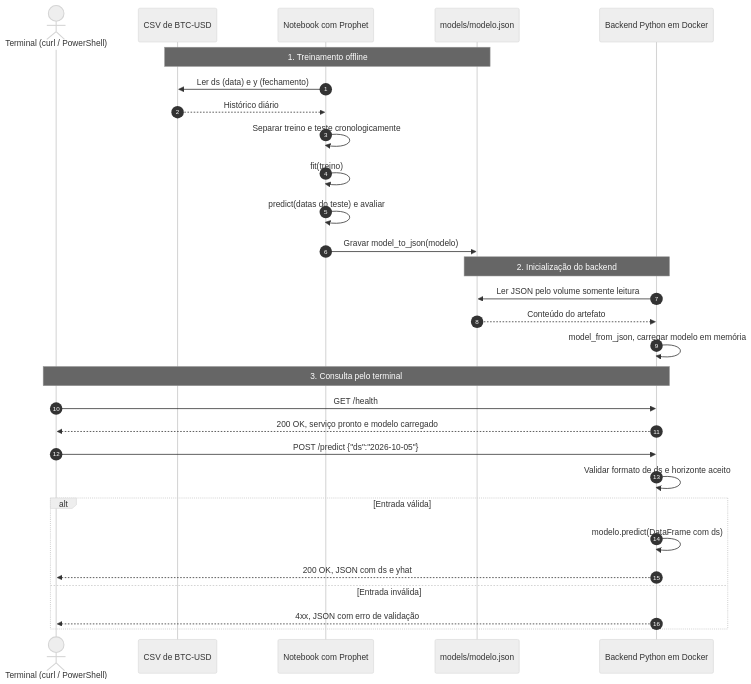
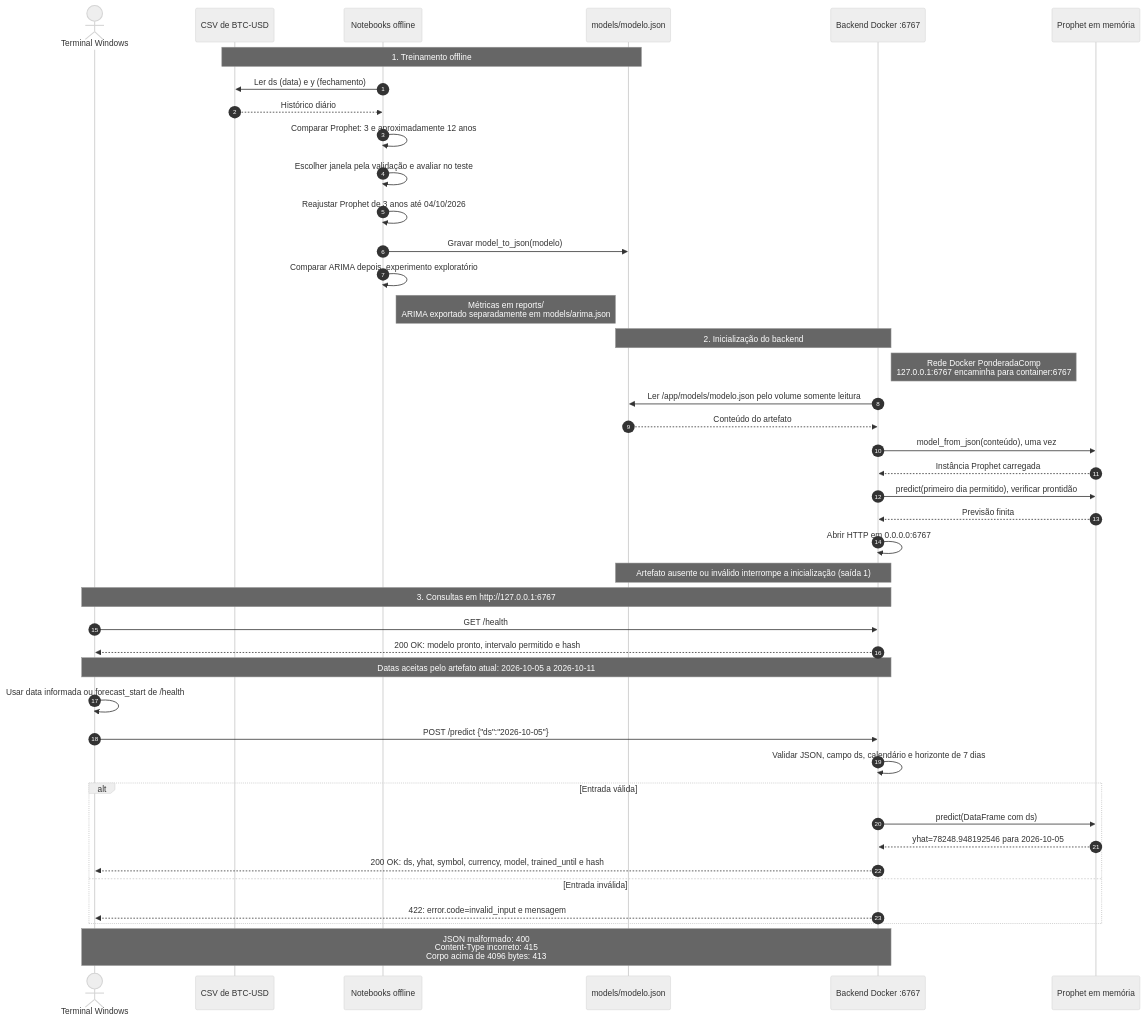
One commit to C-Icaro/ponderada-m7-predicao-moeda changed the diagram in docs/sequencia.mmd. Above: the diagram before and after it, drawn with Mermaid (neutral theme). The commit also changed 8 other files, not shown here.

```diff
--- a/docs/sequencia.mmd
+++ b/docs/sequencia.mmd
@@ -1,32 +1,45 @@
 sequenceDiagram
     autonumber
-    actor Terminal as Terminal (curl / PowerShell)
+    actor Terminal as Terminal Windows
     participant CSV as CSV de BTC-USD
-    participant Treino as Notebook com Prophet
+    participant Treino as Notebooks offline
     participant Arquivo as models/modelo.json
-    participant API as Backend Python em Docker
+    participant API as Backend Docker :6767
+    participant Modelo as Prophet em memória
 
     Note over CSV,Arquivo: 1. Treinamento offline
     Treino->>CSV: Ler ds (data) e y (fechamento)
     CSV-->>Treino: Histórico diário
-    Treino->>Treino: Separar treino e teste cronologicamente
-    Treino->>Treino: fit(treino)
-    Treino->>Treino: predict(datas do teste) e avaliar
+    Treino->>Treino: Comparar Prophet: 3 e aproximadamente 12 anos
+    Treino->>Treino: Escolher janela pela validação e avaliar no teste
+    Treino->>Treino: Reajustar Prophet de 3 anos até 04/10/2026
     Treino->>Arquivo: Gravar model_to_json(modelo)
+    Treino->>Treino: Comparar ARIMA depois, experimento exploratório
+    Note right of Treino: Métricas em reports/<br/>ARIMA exportado separadamente em models/arima.json
 
     Note over Arquivo,API: 2. Inicialização do backend
-    API->>Arquivo: Ler JSON pelo volume somente leitura
+    Note right of API: Rede Docker PonderadaComp<br/>127.0.0.1:6767 encaminha para container:6767
+    API->>Arquivo: Ler /app/models/modelo.json pelo volume somente leitura
     Arquivo-->>API: Conteúdo do artefato
-    API->>API: model_from_json, carregar modelo em memória
+    API->>Modelo: model_from_json(conteúdo), uma vez
+    Modelo-->>API: Instância Prophet carregada
+    API->>Modelo: predict(primeiro dia permitido), verificar prontidão
+    Modelo-->>API: Previsão finita
+    API->>API: Abrir HTTP em 0.0.0.0:6767
+    Note over Arquivo,API: Artefato ausente ou inválido interrompe a inicialização (saída 1)
 
-    Note over Terminal,API: 3. Consulta pelo terminal
+    Note over Terminal,API: 3. Consultas em http://127.0.0.1:6767
     Terminal->>API: GET /health
-    API-->>Terminal: 200 OK, serviço pronto e modelo carregado
+    API-->>Terminal: 200 OK: modelo pronto, intervalo permitido e hash
+    Note over Terminal,API: Datas aceitas pelo artefato atual: 2026-10-05 a 2026-10-11
+    Terminal->>Terminal: Usar data informada ou forecast_start de /health
     Terminal->>API: POST /predict {"ds":"2026-10-05"}
-    API->>API: Validar formato de ds e horizonte aceito
+    API->>API: Validar JSON, campo ds, calendário e horizonte de 7 dias
     alt Entrada válida
-        API->>API: modelo.predict(DataFrame com ds)
-        API-->>Terminal: 200 OK, JSON com ds e yhat
+        API->>Modelo: predict(DataFrame com ds)
+        Modelo-->>API: yhat=78248.948192546 para 2026-10-05
+        API-->>Terminal: 200 OK: ds, yhat, symbol, currency, model, trained_until e hash
     else Entrada inválida
-        API-->>Terminal: 4xx, JSON com erro de validação
+        API-->>Terminal: 422: error.code=invalid_input e mensagem
     end
+    Note over Terminal,API: JSON malformado: 400<br/>Content-Type incorreto: 415<br/>Corpo acima de 4096 bytes: 413
```
